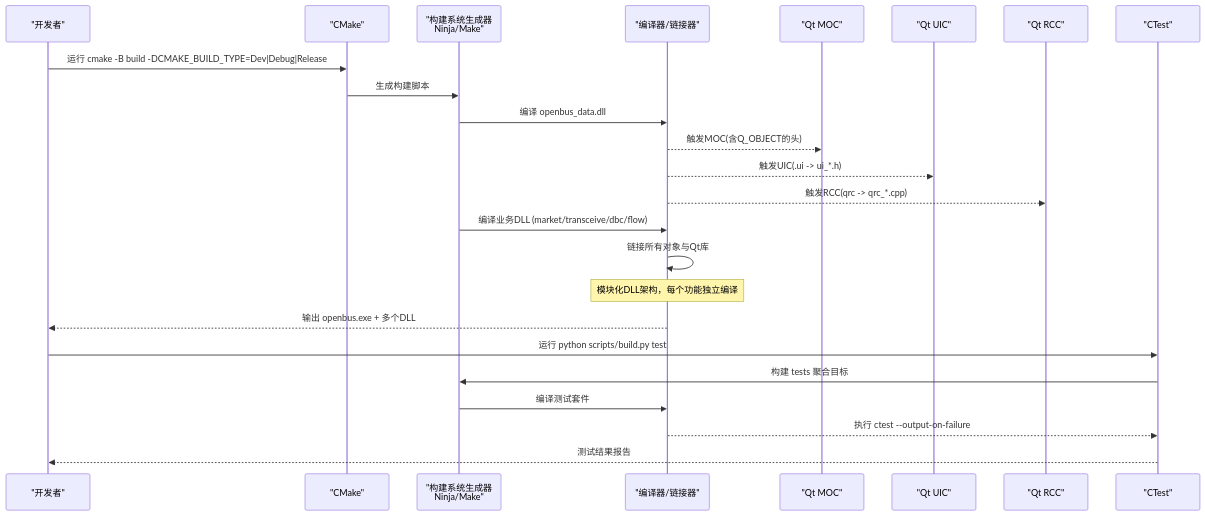
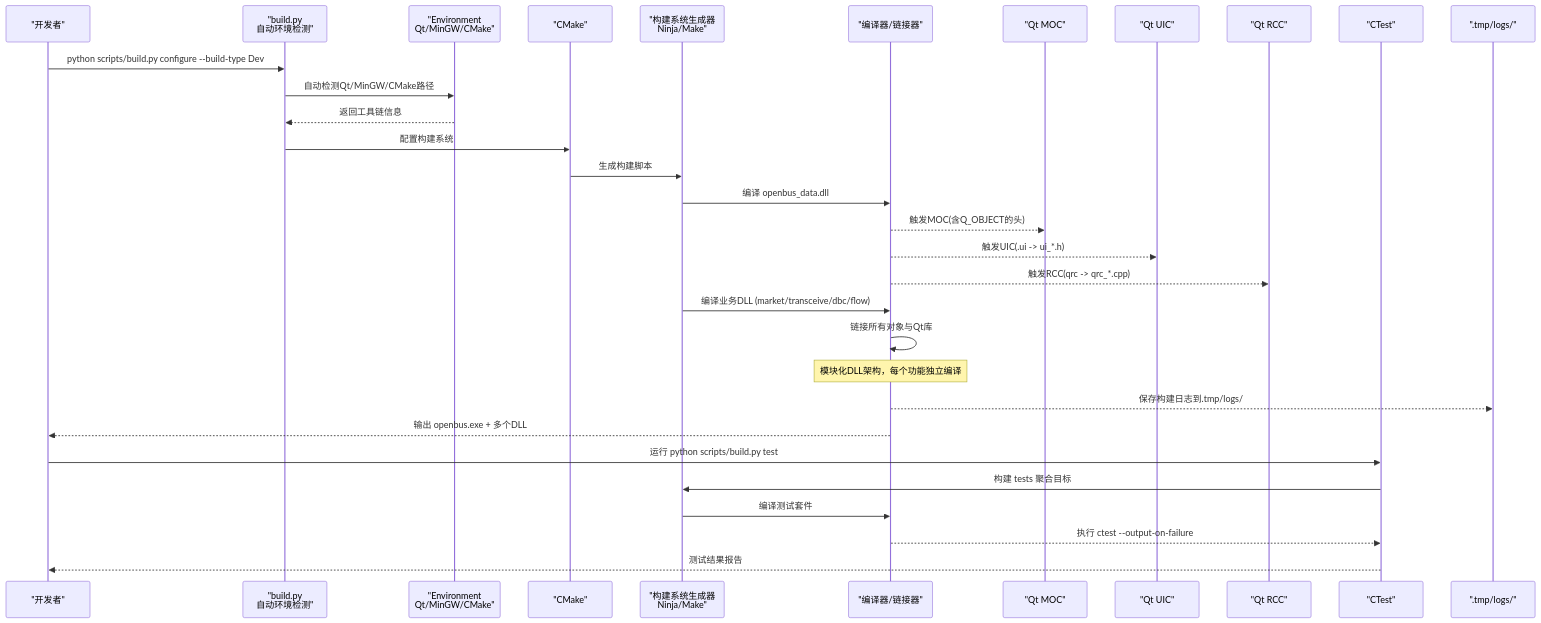
One commit to jakecai1225-design/OpenBus changed the second of 5 diagrams in .qoder/repowiki/zh/content/构建和部署/构建流程/构建流程.md. Above: the diagram before and after it, drawn with Mermaid. The commit also changed other lines of this file and 58 other files, not shown here.

````diff
--- a/.qoder/repowiki/zh/content/构建和部署/构建流程/构建流程.md
+++ b/.qoder/repowiki/zh/content/构建和部署/构建流程/构建流程.md
@@ -139,26 +152,33 @@
 ```mermaid
 sequenceDiagram
 participant Dev as "开发者"
+participant BuildScript as "build.py<br/>自动环境检测"
+participant Env as "Environment<br/>Qt/MinGW/CMake"
 participant CMake as "CMake"
 participant Generator as "构建系统生成器<br/>Ninja/Make"
 participant CC as "编译器/链接器"
 participant MOC as "Qt MOC"
 participant UIC as "Qt UIC"
 participant RCC as "Qt RCC"
 participant Test as "CTest"
-Dev->>CMake : 运行 cmake -B build -DCMAKE_BUILD_TYPE=Dev|Debug|Release
+participant Logs as ".tmp/logs/"
+Dev->>BuildScript : python scripts/build.py configure --build-type Dev
+BuildScript->>Env : 自动检测Qt/MinGW/CMake路径
+Env-->>BuildScript : 返回工具链信息
+BuildScript->>CMake : 配置构建系统
 CMake->>Generator : 生成构建脚本
 Generator->>CC : 编译 openbus_data.dll
 CC-->>MOC : 触发MOC(含Q_OBJECT的头)
 CC-->>UIC : 触发UIC(.ui -> ui_*.h)
 CC-->>RCC : 触发RCC(qrc -> qrc_*.cpp)
 Generator->>CC : 编译业务DLL (market/transceive/dbc/flow)
 CC->>CC : 链接所有对象与Qt库
 Note over CC : 模块化DLL架构，每个功能独立编译
+CC-->>Logs : 保存构建日志到.tmp/logs/
 CC-->>Dev : 输出 openbus.exe + 多个DLL
 Dev->>Test : 运行 python scripts/build.py test
 Test->>Generator : 构建 tests 聚合目标
 Generator->>CC : 编译测试套件
 CC-->>Test : 执行 ctest --output-on-failure
 Test-->>Dev : 测试结果报告
 ```
````
